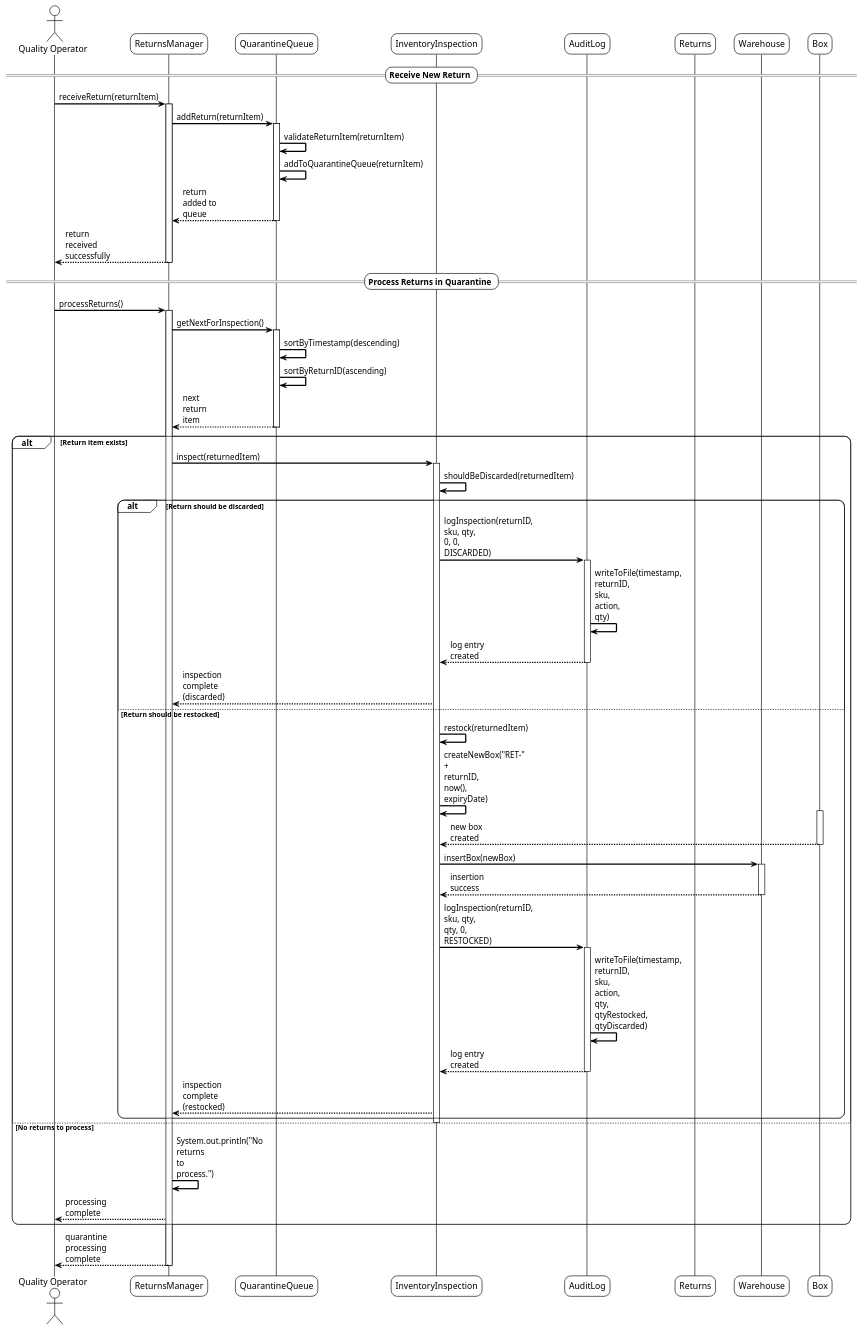
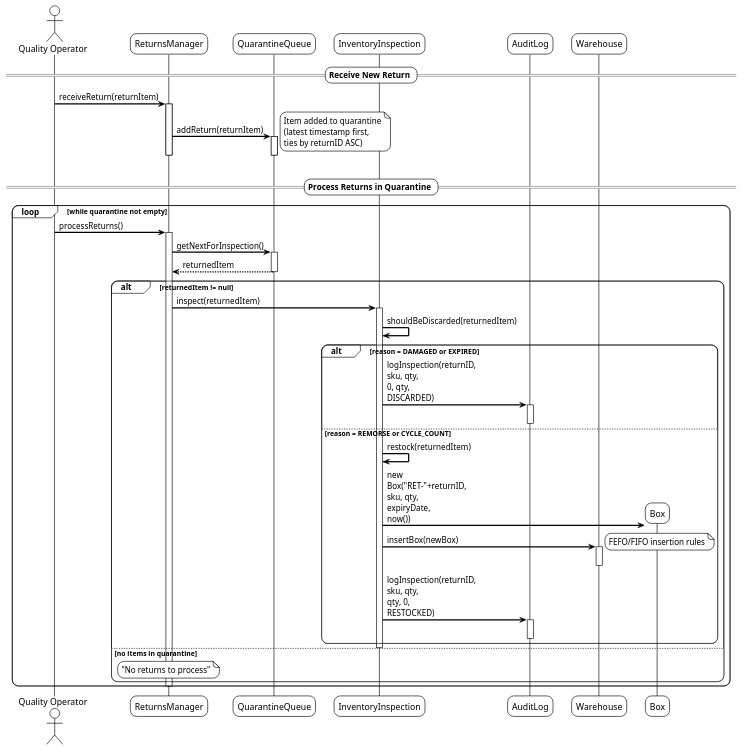
Before and after one commit to ivasduarte/logistics-on-rails: the diagram in doc/sprint-1/usei05/03. design/puml/USEI05-FullSequenceDiagram.puml, drawn with PlantUML. The commit also changed 12 other files, not shown here.

```diff
--- a/doc/sprint-1/usei05/03. design/puml/USEI05-FullSequenceDiagram.puml
+++ b/doc/sprint-1/usei05/03. design/puml/USEI05-FullSequenceDiagram.puml
@@ -1,90 +1,83 @@
 @startuml USEI05-FullSequenceDiagram
 !theme plain
 skinparam backgroundColor #FFFFFF
 skinparam sequenceArrowThickness 2
 skinparam roundcorner 20
 skinparam maxmessagesize 60
 
 actor "Quality Operator" as QO
 participant "ReturnsManager" as RM
 participant "QuarantineQueue" as QQ
 participant "InventoryInspection" as II
 participant "AuditLog" as AL
-participant "Returns" as R
 participant "Warehouse" as WH
 participant "Box" as B
 
 == Receive New Return ==
 
 QO -> RM: receiveReturn(returnItem)
 activate RM
 
 RM -> QQ: addReturn(returnItem)
 activate QQ
-QQ -> QQ: validateReturnItem(returnItem)
-QQ -> QQ: addToQuarantineQueue(returnItem)
-QQ --> RM: return added to queue
+note right: Item added to quarantine\n(latest timestamp first,\nties by returnID ASC)
 deactivate QQ
 
-RM --> QO: return received successfully
 deactivate RM
 
 == Process Returns in Quarantine ==
 
-QO -> RM: processReturns()
-activate RM
+loop while quarantine not empty
 
-RM -> QQ: getNextForInspection()
-activate QQ
-QQ -> QQ: sortByTimestamp(descending)
-QQ -> QQ: sortByReturnID(ascending)
-QQ --> RM: next return item
-deactivate QQ
+    QO -> RM: processReturns()
+    activate RM
 
-alt Return item exists
-    RM -> II: inspect(returnedItem)
-    activate II
-    
-    II -> II: shouldBeDiscarded(returnedItem)
-    
-    alt Return should be discarded
-        II -> AL: logInspection(returnID, sku, qty, 0, 0, DISCARDED)
-        activate AL
-        AL -> AL: writeToFile(timestamp, returnID, sku, action, qty)
-        AL --> II: log entry created
-        deactivate AL
-        
-        II --> RM: inspection complete (discarded)
-        
-    else Return should be restocked
-        II -> II: restock(returnedItem)
-        II -> II: createNewBox("RET-" + returnID, now(), expiryDate)
-        activate B
-        B --> II: new box created
-        deactivate B
-        
-        II -> WH: insertBox(newBox)
-        activate WH
-        WH --> II: insertion success
-        deactivate WH
-        
-        II -> AL: logInspection(returnID, sku, qty, qty, 0, RESTOCKED)
-        activate AL
-        AL -> AL: writeToFile(timestamp, returnID, sku, action, qty, qtyRestocked, qtyDiscarded)
-        AL --> II: log entry created
-        deactivate AL
-        
-        II --> RM: inspection complete (restocked)
+    RM -> QQ: getNextForInspection()
+    activate QQ
+    QQ --> RM: returnedItem
+    deactivate QQ
+
+    alt returnedItem != null
+
+        RM -> II: inspect(returnedItem)
+        activate II
+
+        II -> II: shouldBeDiscarded(returnedItem)
+
+        alt reason = DAMAGED or EXPIRED
+
+            II -> AL: logInspection(returnID, sku, qty, 0, qty, DISCARDED)
+            activate AL
+            deactivate AL
+
+        else reason = REMORSE or CYCLE_COUNT
+
+            II -> II: restock(returnedItem)
+
+            create B
+            II -> B: new Box("RET-"+returnID, sku, qty, expiryDate, now())
+
+            II -> WH: insertBox(newBox)
+            activate WH
+            note right: FEFO/FIFO insertion rules
+            deactivate WH
+
+            II -> AL: logInspection(returnID, sku, qty, qty, 0, RESTOCKED)
+            activate AL
+            deactivate AL
+
+        end
+
+        deactivate II
+
+    else no items in quarantine
+
+        note over RM: "No returns to process"
+
     end
-    
-    deactivate II
-    
-else No returns to process
-    RM -> RM: System.out.println("No returns to process.")
-    RM --> QO: processing complete
+
+    deactivate RM
+
 end
 
-RM --> QO: quarantine processing complete
-deactivate RM
-
 @enduml
```
